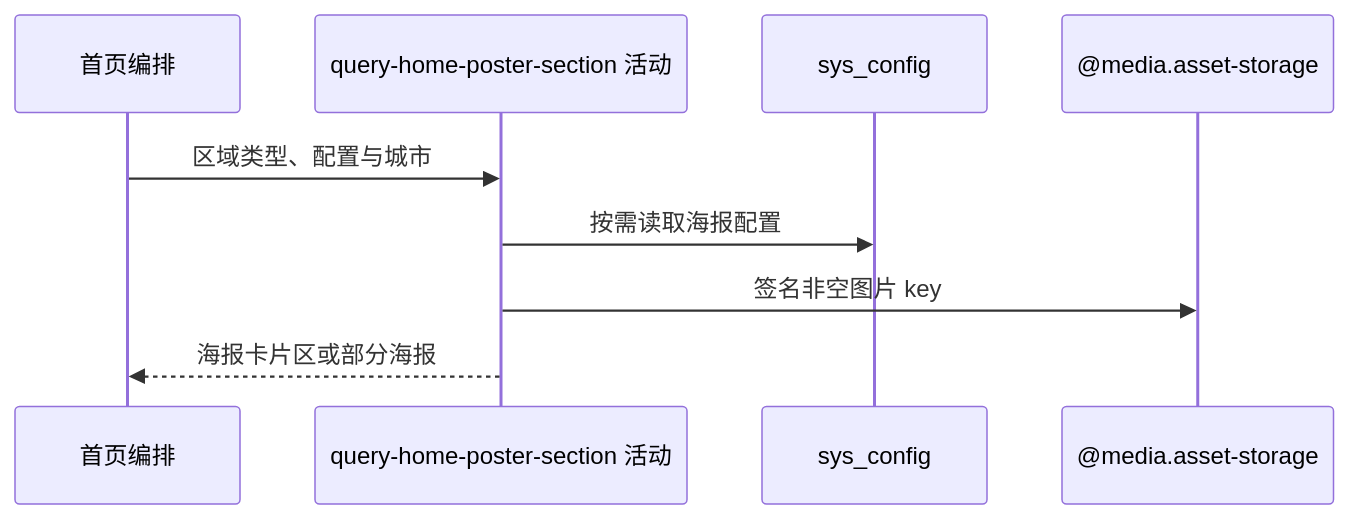
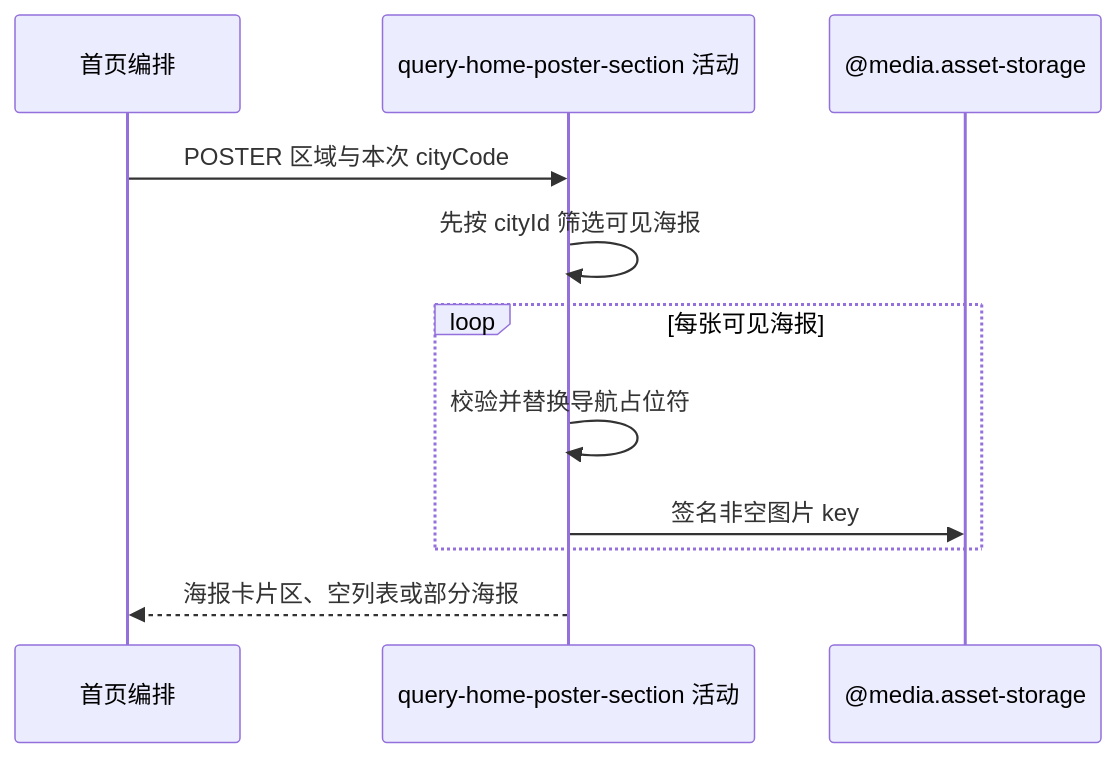
Before and after one commit to chxt100016/Rally: the diagram in blueprint/spec/platform-config/home-content-query/query-home-poster-section/activity.md, drawn with Mermaid. The commit also changed other lines of this file and 53 other files, not shown here.

````diff
--- a/blueprint/spec/platform-config/home-content-query/query-home-poster-section/activity.md
+++ b/blueprint/spec/platform-config/home-content-query/query-home-poster-section/activity.md
@@ -15,11 +13,13 @@
 ```mermaid
 sequenceDiagram
     participant H as 首页编排
     participant A as query-home-poster-section 活动
-    participant DB as sys_config
     participant M as @media.asset-storage
-    H->>A: 区域类型、配置与城市
-    A->>DB: 按需读取海报配置
-    A->>M: 签名非空图片 key
-    A-->>H: 海报卡片区或部分海报
+    H->>A: POSTER 区域与本次 cityCode
+    A->>A: 先按 cityId 筛选可见海报
+    loop 每张可见海报
+        A->>A: 校验并替换导航占位符
+        A->>M: 签名非空图片 key
+    end
+    A-->>H: 海报卡片区、空列表或部分海报
 ```
````
